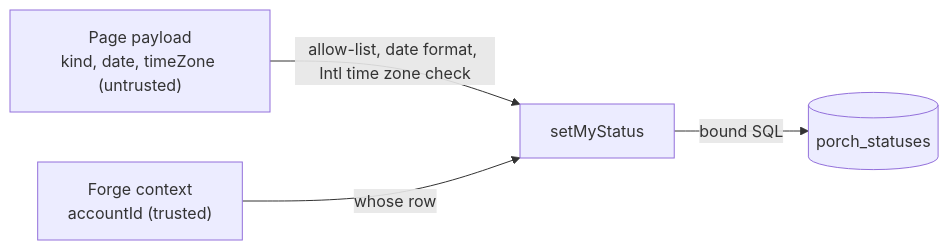
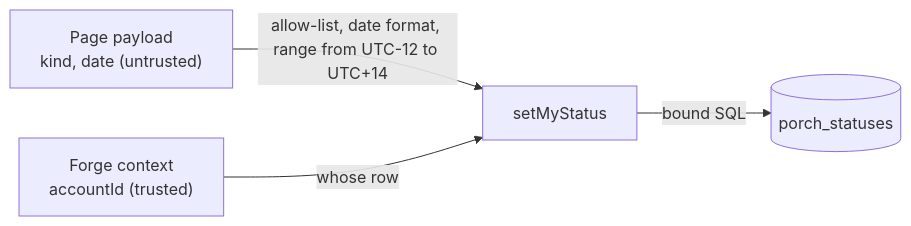
Before and after one commit to dzaffren/porchlight: the sixth of 7 diagrams in docs/specs/porch-status.md, drawn with Mermaid. The commit also changed other lines of this file and 8 other files, not shown here.

First line of the commit message:
fix(porchlight): stop trusting the page's time zone in setMyStatus

````diff
--- a/docs/specs/porch-status.md
+++ b/docs/specs/porch-status.md
@@ -215,6 +215,6 @@
 ```mermaid
 flowchart LR
-    P["Page payload<br/>kind, date, timeZone (untrusted)"] -- "allow-list, date format, Intl time zone check" --> R["setMyStatus"]
+    P["Page payload<br/>kind, date (untrusted)"] -- "allow-list, date format, range from UTC-12 to UTC+14" --> R["setMyStatus"]
     C["Forge context<br/>accountId (trusted)"] -- "whose row" --> R
     R -- "bound SQL" --> DB[("porch_statuses")]
 ```
````
